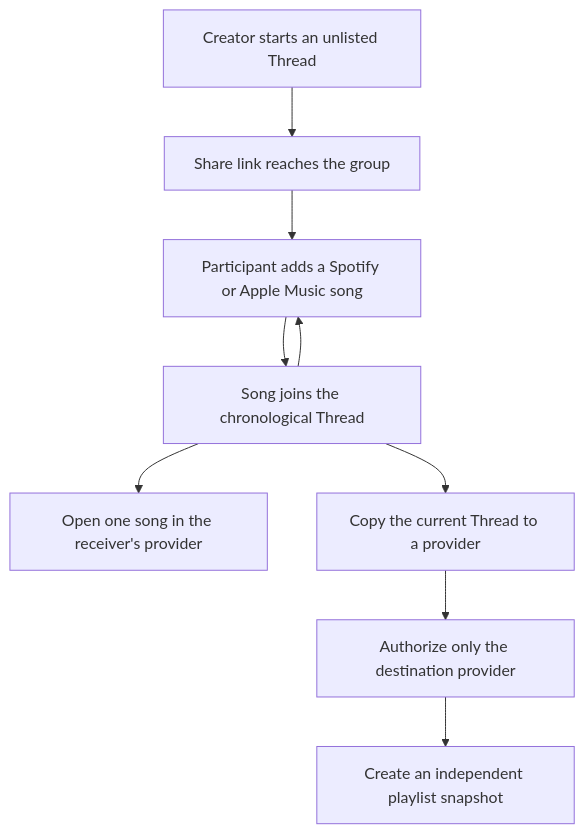
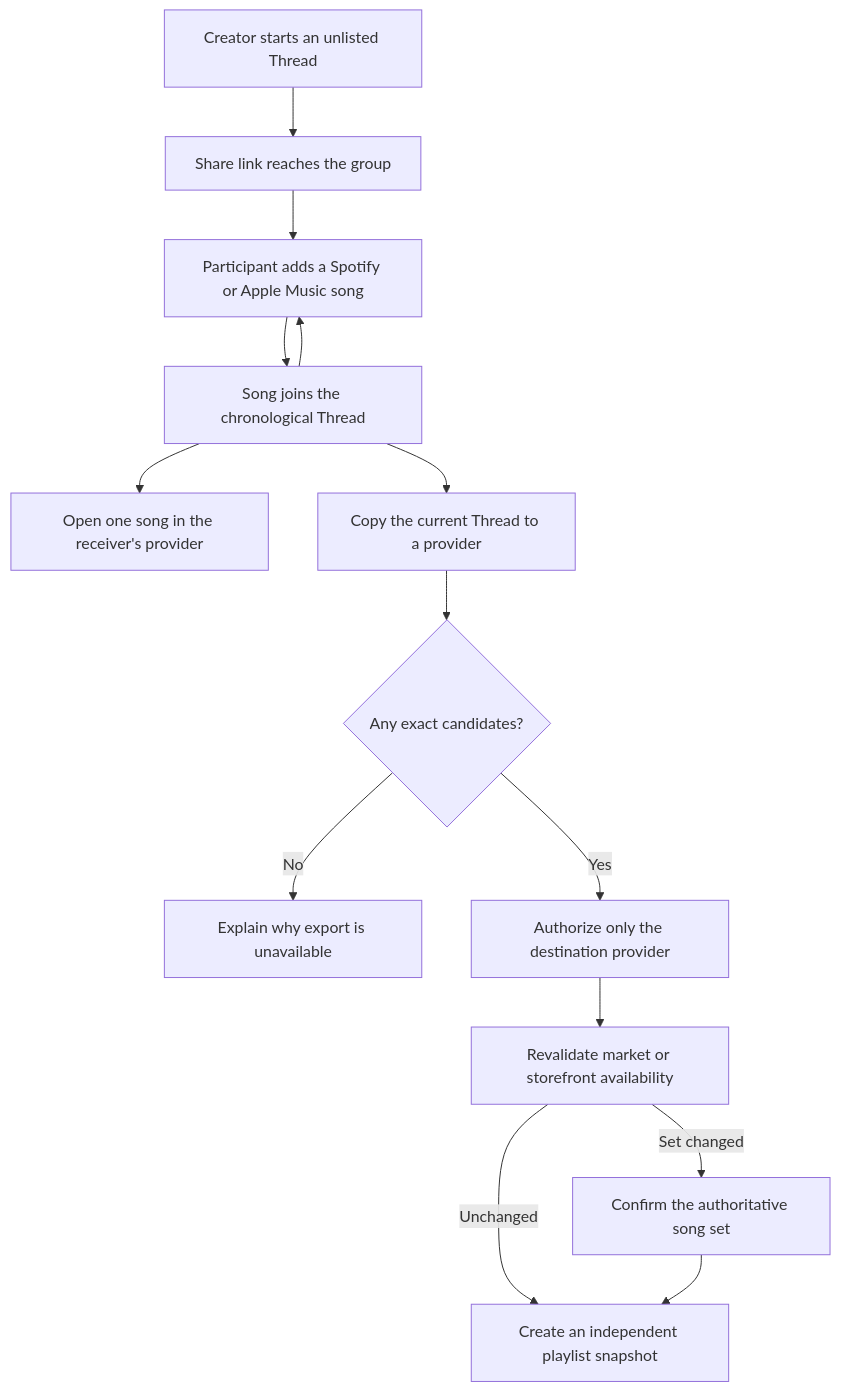
The diagram in docs/plans/2026-07-13-001-feat-pass-the-aux-roadmap-plan.md (oalhait/listen-cx), drawn with Mermaid before and after one commit. The commit also changed other lines of this file and 2 other files, not shown here.

Commit message:
docs: prepare Thread Core implementation

````diff
--- a/docs/plans/2026-07-13-001-feat-pass-the-aux-roadmap-plan.md
+++ b/docs/plans/2026-07-13-001-feat-pass-the-aux-roadmap-plan.md
@@ -80,11 +81,16 @@
 ```mermaid
 flowchart TB
   A["Creator starts an unlisted Thread"] --> B["Share link reaches the group"]
   B --> C["Participant adds a Spotify or Apple Music song"]
   C --> D["Song joins the chronological Thread"]
   D --> E["Open one song in the receiver's provider"]
   D --> F["Copy the current Thread to a provider"]
-  F --> G["Authorize only the destination provider"]
-  G --> H["Create an independent playlist snapshot"]
+  F --> Z{"Any exact candidates?"}
+  Z -->|No| X["Explain why export is unavailable"]
+  Z -->|Yes| G["Authorize only the destination provider"]
+  G --> V["Revalidate market or storefront availability"]
+  V -->|Set changed| W["Confirm the authoritative song set"]
+  V -->|Unchanged| H["Create an independent playlist snapshot"]
+  W --> H
   D --> C
 ```
````
